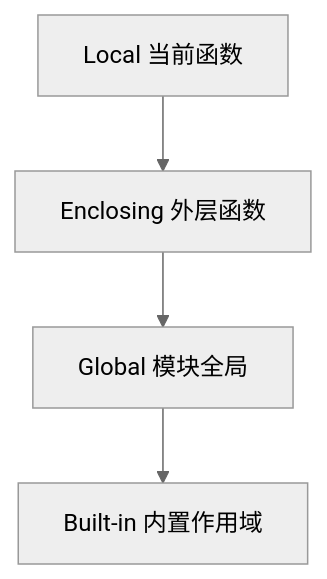
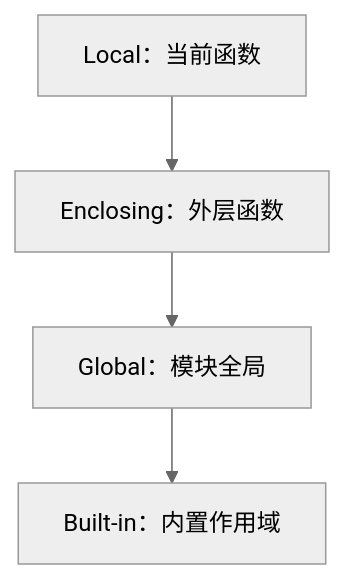
Before and after one commit to studyzhige-ui/python-interview-handbook: the second of 3 diagrams in review/04-函数-参数-作用域-闭包-图解与自测.md, drawn with Mermaid (neutral theme). The commit also changed other lines of this file and 11 other files, not shown here.

First line of the commit message:
fix: repair Mermaid rendering across review chapters

````diff
--- a/review/04-函数-参数-作用域-闭包-图解与自测.md
+++ b/review/04-函数-参数-作用域-闭包-图解与自测.md
@@ -19,6 +19,6 @@
 ```mermaid
 flowchart TD
-    L[Local 当前函数] --> E[Enclosing 外层函数]
-    E --> G[Global 模块全局]
-    G --> B[Built-in 内置作用域]
+    L["Local：当前函数"] --> E["Enclosing：外层函数"]
+    E --> G["Global：模块全局"]
+    G --> B["Built-in：内置作用域"]
 ```
````
